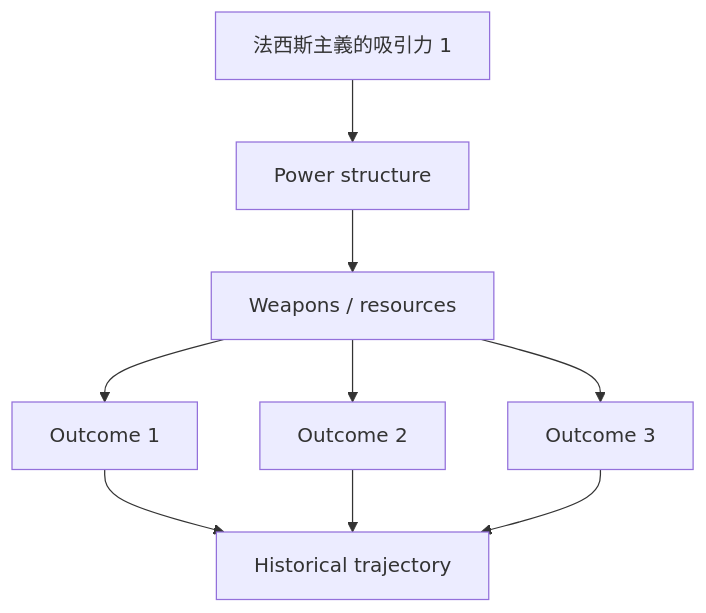
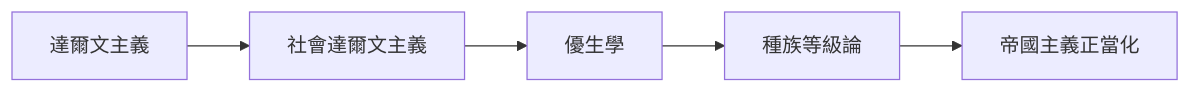
Before and after one commit to yip-lgtm/HKU-Harvard-History-Self-Study: the fourth of 10 diagrams in 01_HKU_Courses/HIST2063_Europe_and_modernity.md, drawn with Mermaid. The commit also changed other lines of this file and 48 other files, not shown here.

````diff
--- a/01_HKU_Courses/HIST2063_Europe_and_modernity.md
+++ b/01_HKU_Courses/HIST2063_Europe_and_modernity.md
@@ -224,11 +203,7 @@
 ```mermaid
-graph TD
-    A[法西斯主義的吸引力 1] --> B[Power structure]
-    B --> C[Weapons / resources]
-    C --> D[Outcome 1]
-    C --> E[Outcome 2]
-    C --> F[Outcome 3]
-    D --> G[Historical trajectory]
-    E --> G
-    F --> G
+flowchart LR
+    A[達爾文主義] --> B[社會達爾文主義]
+    B --> C[優生學]
+    C --> D[種族等級論]
+    D --> E[帝國主義正當化]
 ```
````
